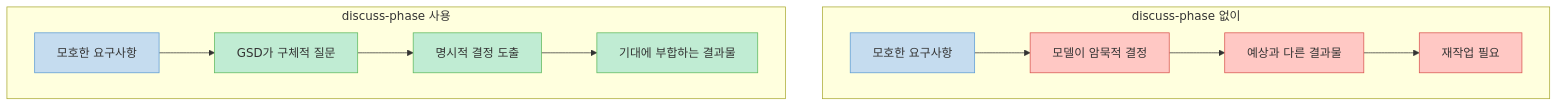
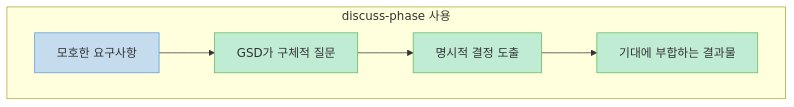
One commit to gyuha/gyuha.github.io changed the fifth of 9 diagrams in content/post/2026/03/2026-03-26-gsd-context-engineering-coding-agents.md. Above: the diagram before and after it, drawn with Mermaid. The commit also changed other lines of this file and 359 other files, not shown here.

````diff
--- a/content/post/2026/03/2026-03-26-gsd-context-engineering-coding-agents.md
+++ b/content/post/2026/03/2026-03-26-gsd-context-engineering-coding-agents.md
@@ -167,22 +183,17 @@
 ```mermaid
 graph TD
-    subgraph "discuss-phase 없이"
-        A1["모호한 요구사항"] --> B1["모델이 암묵적 결정"]
-        B1 --> C1["예상과 다른 결과물"]
-        C1 --> D1["재작업 필요"]
-    end
 
     subgraph "discuss-phase 사용"
         A2["모호한 요구사항"] --> B2["GSD가 구체적 질문"]
         B2 --> C2["명시적 결정 도출"]
         C2 --> D2["기대에 부합하는 결과물"]
     end
 
     classDef bad fill:#ffc8c4,stroke:#d9534f,color:#333
     classDef good fill:#c0ecd3,stroke:#5cb85c,color:#333
     classDef neutral fill:#c5dcef,stroke:#5b9bd5,color:#333
 
     class A1,A2 neutral
     class B1,C1,D1 bad
     class B2,C2,D2 good
 ```
````
